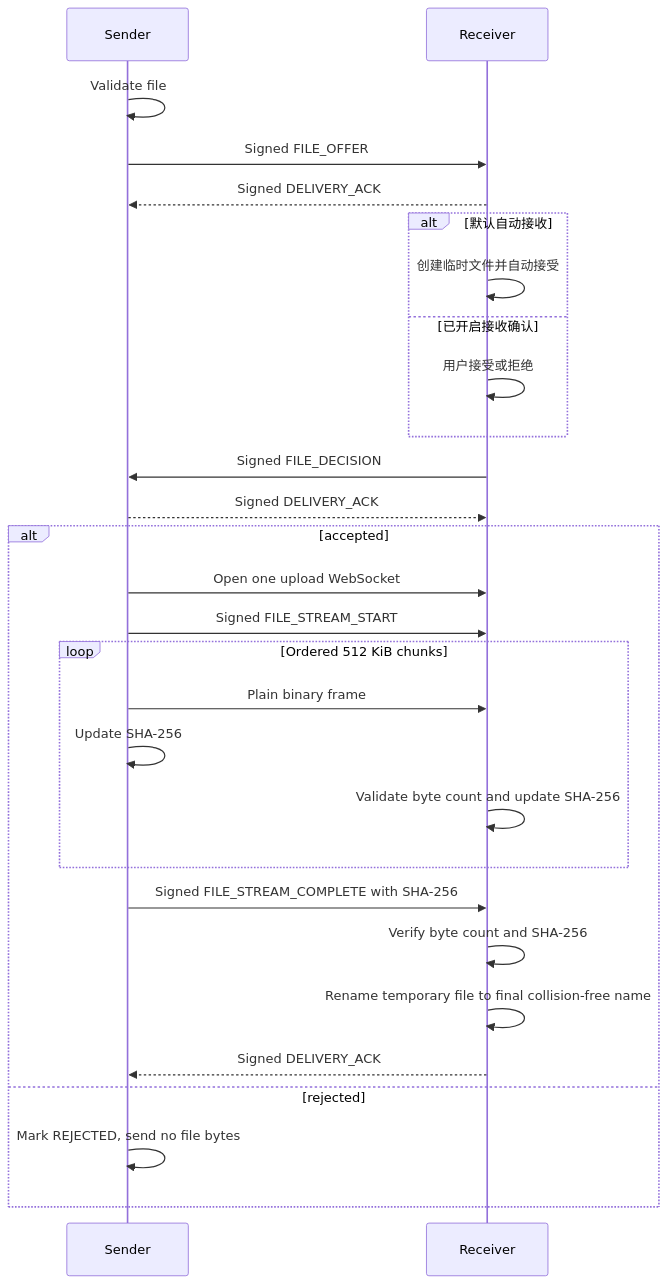
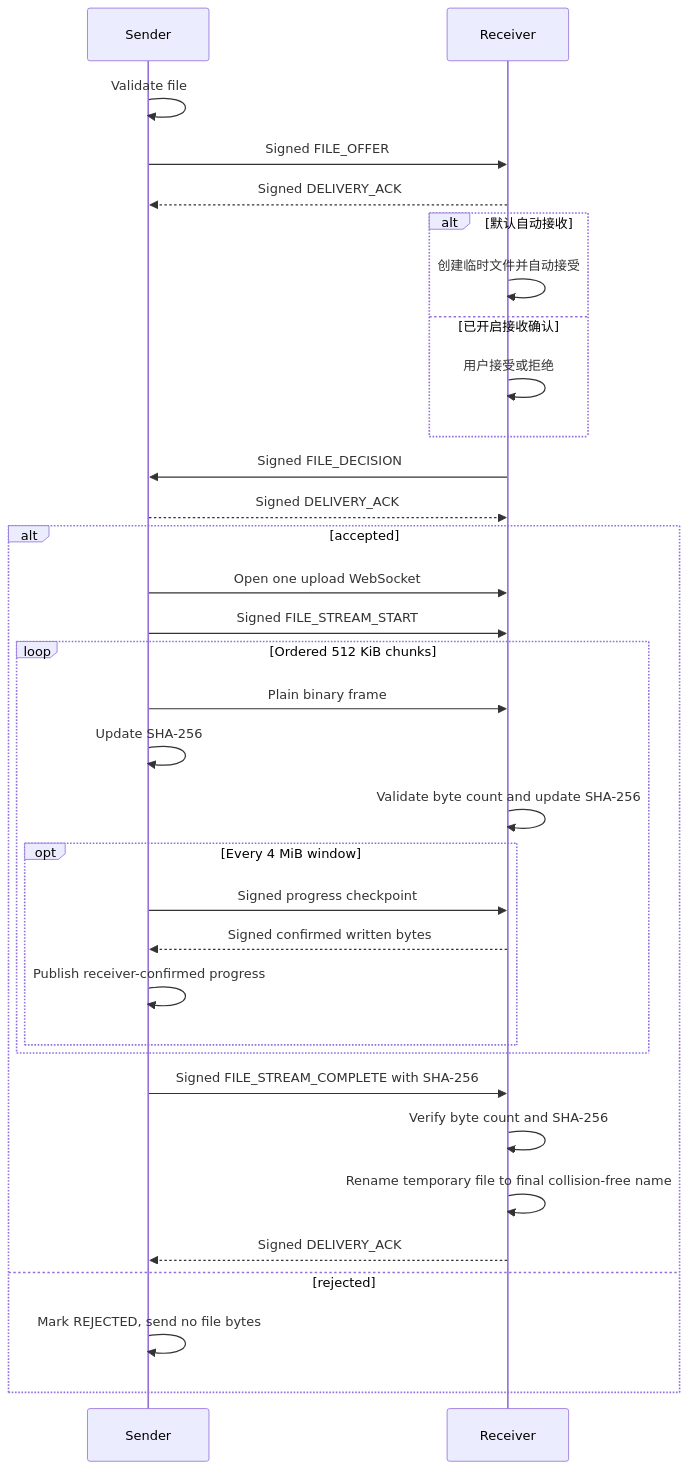
Before and after one commit to x2ink/subnetdrop: the first of 2 diagrams in docs/technical-principles/file-transfer.md, drawn with Mermaid. The commit also changed other lines of this file and 19 other files, not shown here.

````diff
--- a/docs/technical-principles/file-transfer.md
+++ b/docs/technical-principles/file-transfer.md
@@ -18,30 +18,35 @@
 ```mermaid
 sequenceDiagram
     participant S as Sender
     participant R as Receiver
     S->>S: Validate file
     S->>R: Signed FILE_OFFER
     R-->>S: Signed DELIVERY_ACK
     alt 默认自动接收
         R->>R: 创建临时文件并自动接受
     else 已开启接收确认
         R->>R: 用户接受或拒绝
     end
     R->>S: Signed FILE_DECISION
     S-->>R: Signed DELIVERY_ACK
     alt accepted
         S->>R: Open one upload WebSocket
         S->>R: Signed FILE_STREAM_START
         loop Ordered 512 KiB chunks
             S->>R: Plain binary frame
             S->>S: Update SHA-256
             R->>R: Validate byte count and update SHA-256
+            opt Every 4 MiB window
+                S->>R: Signed progress checkpoint
+                R-->>S: Signed confirmed written bytes
+                S->>S: Publish receiver-confirmed progress
+            end
         end
         S->>R: Signed FILE_STREAM_COMPLETE with SHA-256
         R->>R: Verify byte count and SHA-256
         R->>R: Rename temporary file to final collision-free name
         R-->>S: Signed DELIVERY_ACK
     else rejected
         S->>S: Mark REJECTED, send no file bytes
     end
 ```
````
